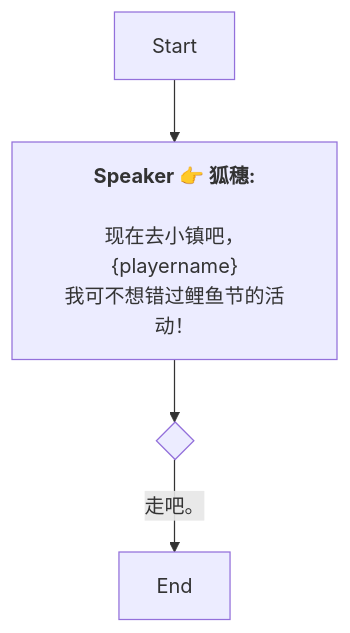
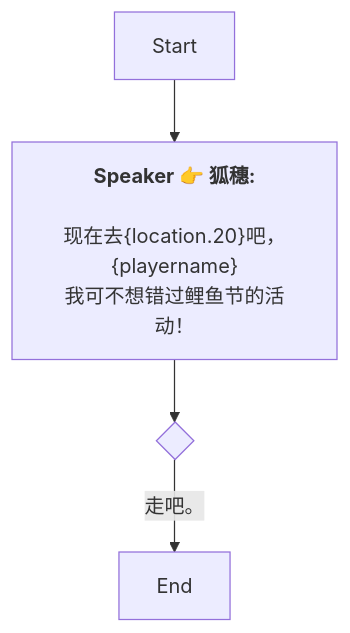
One commit to SoftHu/tos_avg changed the diagram in Zh/QuestStartTalkENode_1751268604084548.md. Above: the diagram before and after it, drawn with Mermaid. The commit also changed 199 other files, not shown here.

````diff
--- a/Zh/QuestStartTalkENode_1751268604084548.md
+++ b/Zh/QuestStartTalkENode_1751268604084548.md
@@ -1,10 +1,10 @@
 ```mermaid
 graph
 Start -->1751269141410120[<b>Speaker 👉 狐穗:</b>
 
-现在去小镇吧，&lbrace;playername&rbrace;
+现在去&lbrace;location.20&rbrace;吧，&lbrace;playername&rbrace;
 我可不想错过鲤鱼节的活动！]
 1751269141410120 -->1751269191557449{ }
 1751269191557449 -->|走吧。|1751269208186190[End]
 
  ```
````
